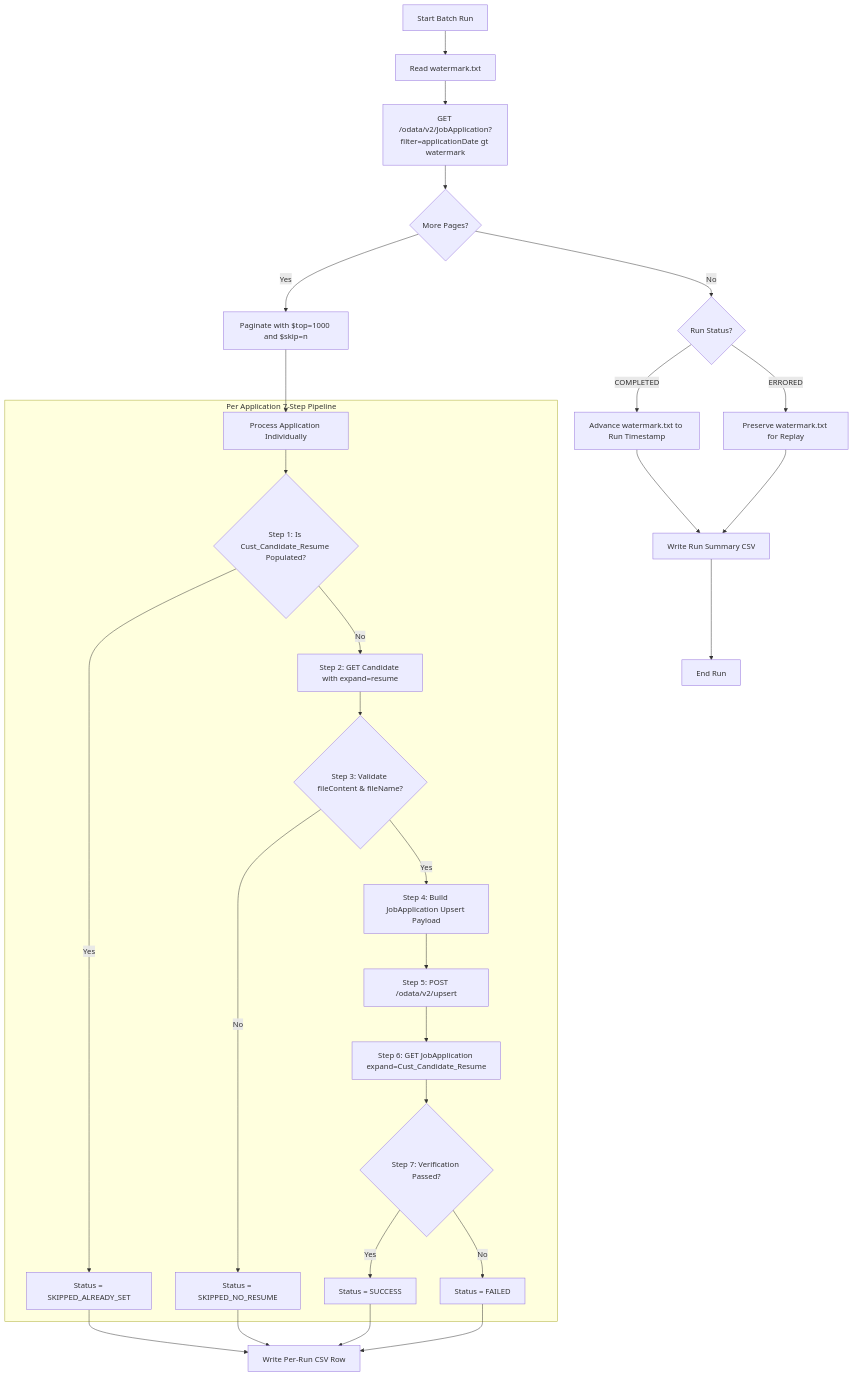
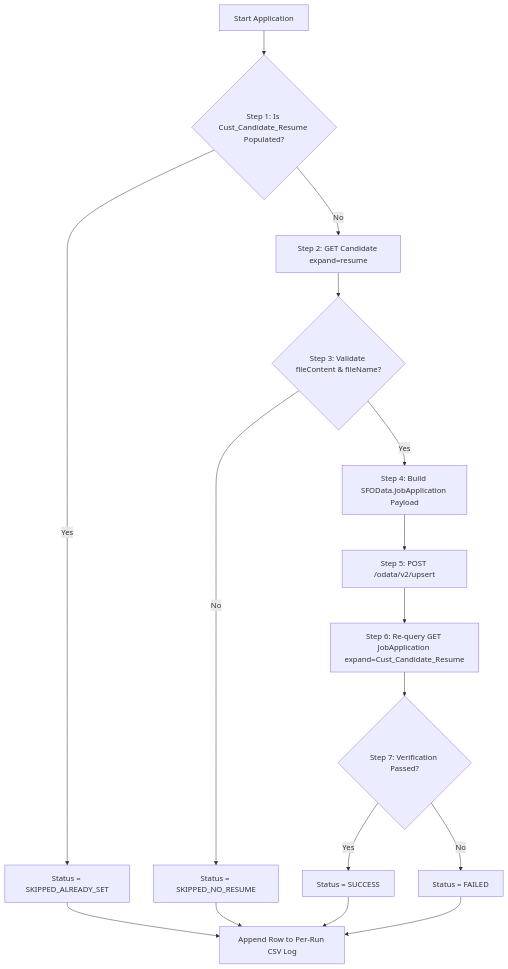
One commit to vanshaj8/SF_Resume_Shifter changed the second of 2 diagrams in README.md. Above: the diagram before and after it, drawn with Mermaid. The commit also changed other lines of this file, not shown here.

Commit message:
docs: add comprehensive architecture, execution, and operational guide in README.md

````diff
--- a/README.md
+++ b/README.md
@@ -33,34 +109,19 @@
 ```mermaid
 flowchart TD
-    A[Start Batch Run] --> B[Read watermark.txt]
-    B --> C[GET /odata/v2/JobApplication?filter=applicationDate gt watermark]
-    C --> D{More Pages?}
-    D -- Yes --> E[Paginate with $top=1000 and $skip=n]
-    E --> F[Process Application Individually]
-    D -- No --> G{Run Status?}
-    
-    subgraph PerApplication [Per Application 7-Step Pipeline]
-        F --> S1{Step 1: Is Cust_Candidate_Resume Populated?}
-        S1 -- Yes --> S1A[Status = SKIPPED_ALREADY_SET]
-        S1 -- No --> S2[Step 2: GET Candidate with expand=resume]
-        S2 --> S3{Step 3: Validate fileContent & fileName?}
-        S3 -- No --> S3A[Status = SKIPPED_NO_RESUME]
-        S3 -- Yes --> S4[Step 4: Build JobApplication Upsert Payload]
-        S4 --> S5[Step 5: POST /odata/v2/upsert]
-        S5 --> S6[Step 6: GET JobApplication expand=Cust_Candidate_Resume]
-        S6 --> S7{Step 7: Verification Passed?}
-        S7 -- Yes --> S7A[Status = SUCCESS]
-        S7 -- No --> S7B[Status = FAILED]
-    end
+    S0[Start Application] --> S1{Step 1: Is Cust_Candidate_Resume Populated?}
+    S1 -- Yes --> S1A[Status = SKIPPED_ALREADY_SET]
+    S1 -- No --> S2[Step 2: GET Candidate expand=resume]
+    S2 --> S3{Step 3: Validate fileContent & fileName?}
+    S3 -- No --> S3A[Status = SKIPPED_NO_RESUME]
+    S3 -- Yes --> S4[Step 4: Build SFOData.JobApplication Payload]
+    S4 --> S5[Step 5: POST /odata/v2/upsert]
+    S5 --> S6[Step 6: Re-query GET JobApplication expand=Cust_Candidate_Resume]
+    S6 --> S7{Step 7: Verification Passed?}
+    S7 -- Yes --> S7A[Status = SUCCESS]
+    S7 -- No --> S7B[Status = FAILED]
 
-    S1A --> LOG[Write Per-Run CSV Row]
+    S1A --> LOG[Append Row to Per-Run CSV Log]
     S3A --> LOG
     S7A --> LOG
     S7B --> LOG
-
-    G -- COMPLETED --> H[Advance watermark.txt to Run Timestamp]
-    G -- ERRORED --> I[Preserve watermark.txt for Replay]
-    H --> J[Write Run Summary CSV]
-    I --> J
-    J --> K[End Run]
 ```
````
